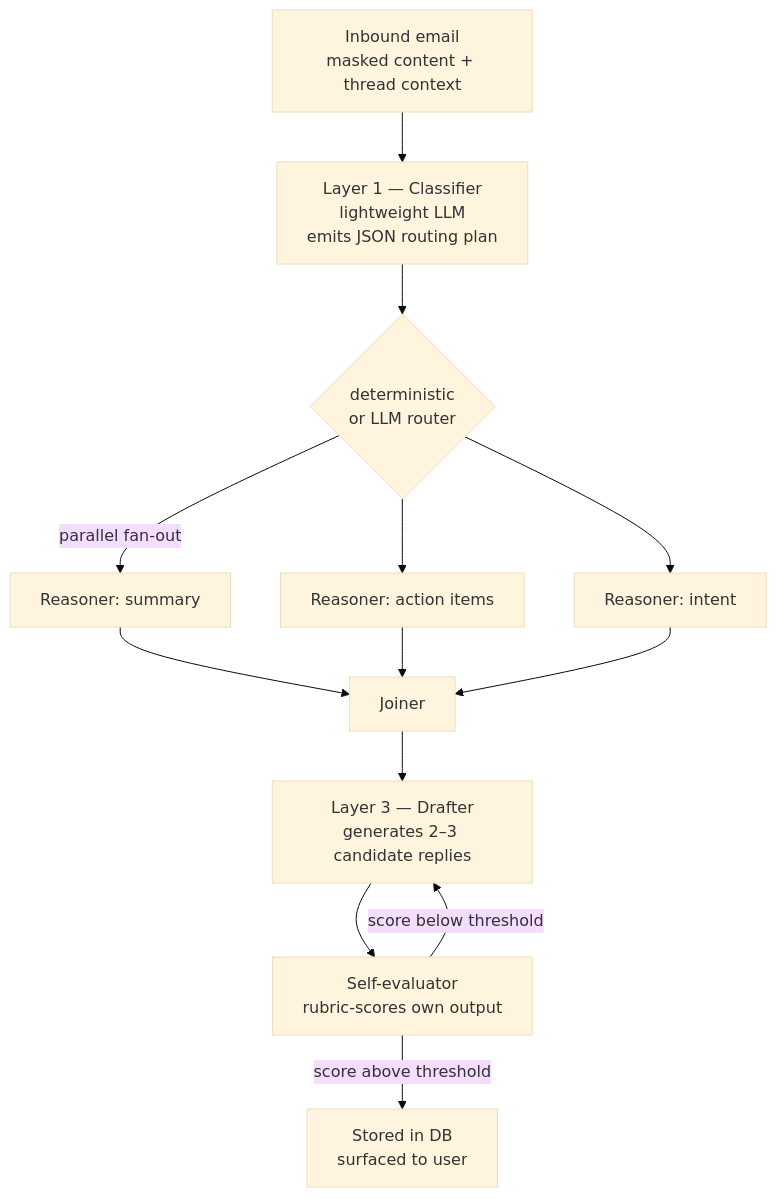
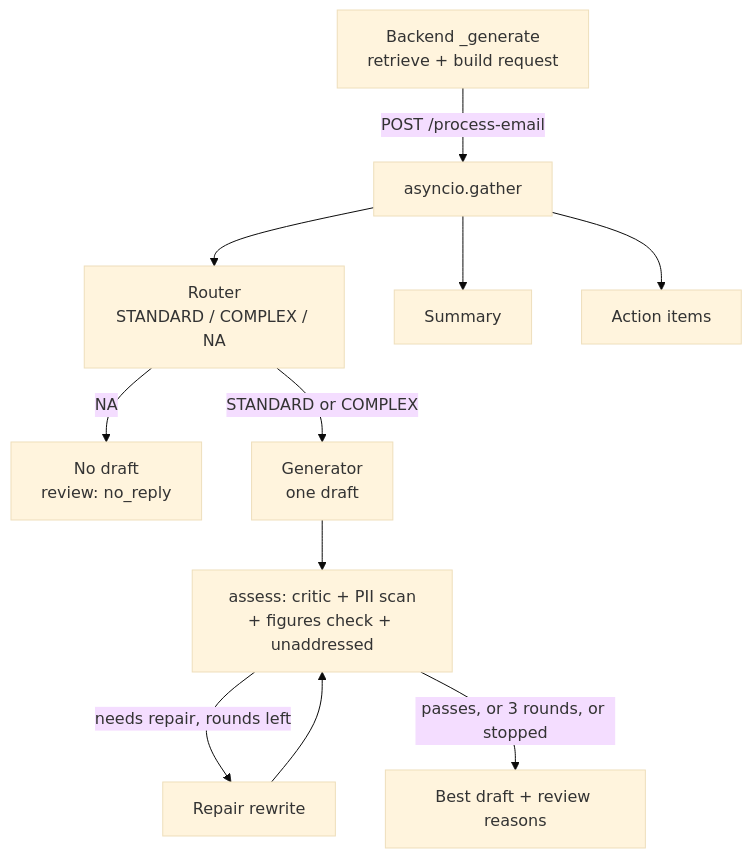
Before and after one commit to MDS25-2026/AIMail: the diagram in specs/agent-pipeline.md, drawn with Mermaid (base theme). The commit also changed other lines of this file and 54 other files, not shown here.

````diff
--- a/specs/agent-pipeline.md
+++ b/specs/agent-pipeline.md
@@ -11,16 +12,13 @@
 ```mermaid
 flowchart TD
-    in[Inbound email<br/>masked content + thread context] --> classifier
-    classifier[Layer 1 — Classifier<br/>lightweight LLM<br/>emits JSON routing plan]
-    classifier --> router{deterministic<br/>or LLM router}
-    router -->|parallel fan-out| reasoner_summary[Reasoner: summary]
-    router --> reasoner_actions[Reasoner: action items]
-    router --> reasoner_intent[Reasoner: intent]
-    reasoner_summary --> joiner[Joiner]
-    reasoner_actions --> joiner
-    reasoner_intent --> joiner
-    joiner --> drafter[Layer 3 — Drafter<br/>generates 2–3 candidate replies]
-    drafter --> evaluator[Self-evaluator<br/>rubric-scores own output]
-    evaluator -->|score below threshold| drafter
-    evaluator -->|score above threshold| out[Stored in DB<br/>surfaced to user]
+    be[Backend _generate<br/>retrieve + build request] -->|POST /process-email| par
+    par[asyncio.gather] --> router[Router<br/>STANDARD / COMPLEX / NA]
+    par --> summary[Summary]
+    par --> actions[Action items]
+    router -->|NA| na[No draft<br/>review: no_reply]
+    router -->|STANDARD or COMPLEX| gen[Generator<br/>one draft]
+    gen --> assess[assess: critic + PII scan<br/>+ figures check + unaddressed]
+    assess -->|needs repair, rounds left| rep[Repair rewrite]
+    rep --> assess
+    assess -->|passes, or 3 rounds, or stopped| out[Best draft + review reasons]
 ```
````
